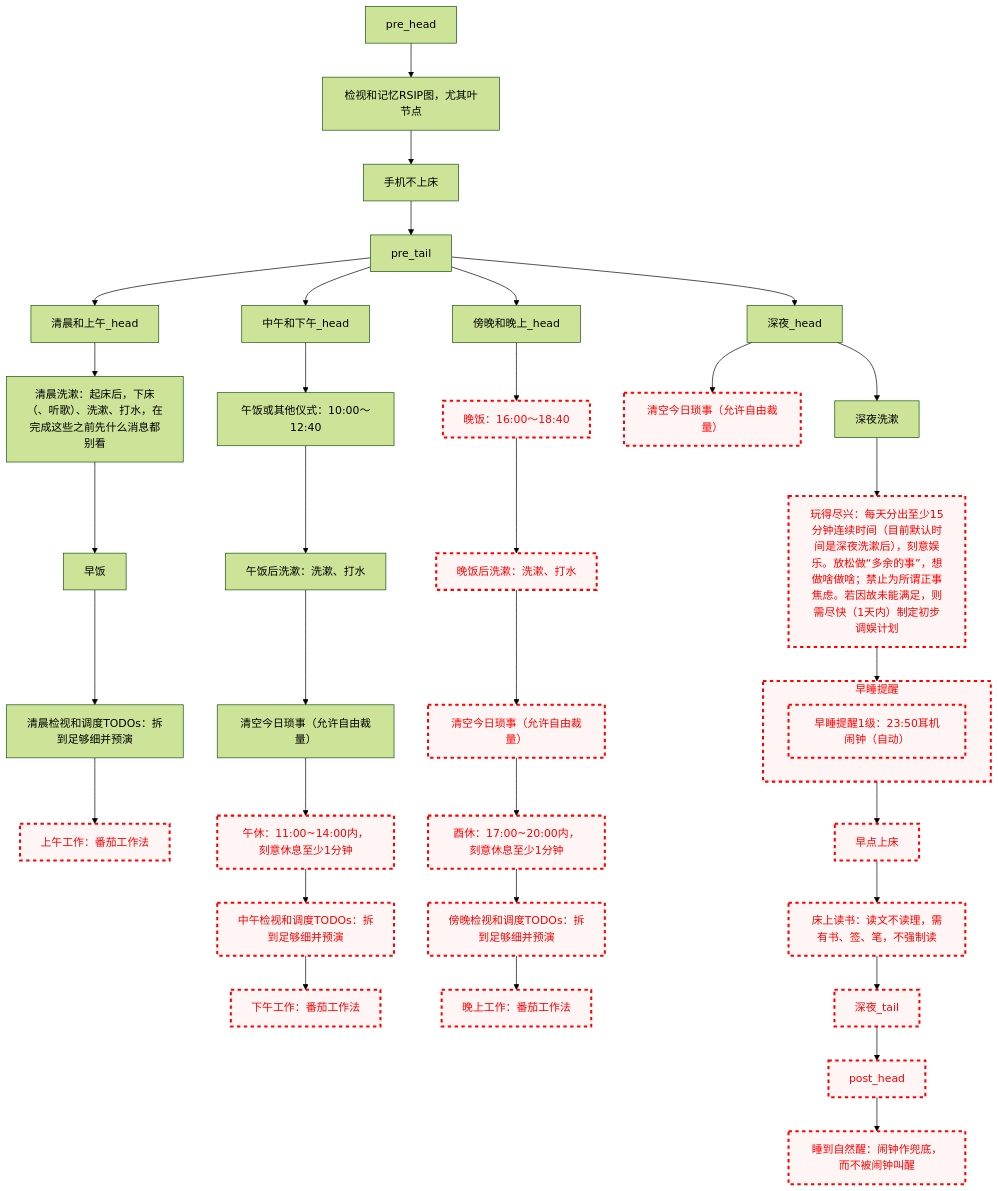
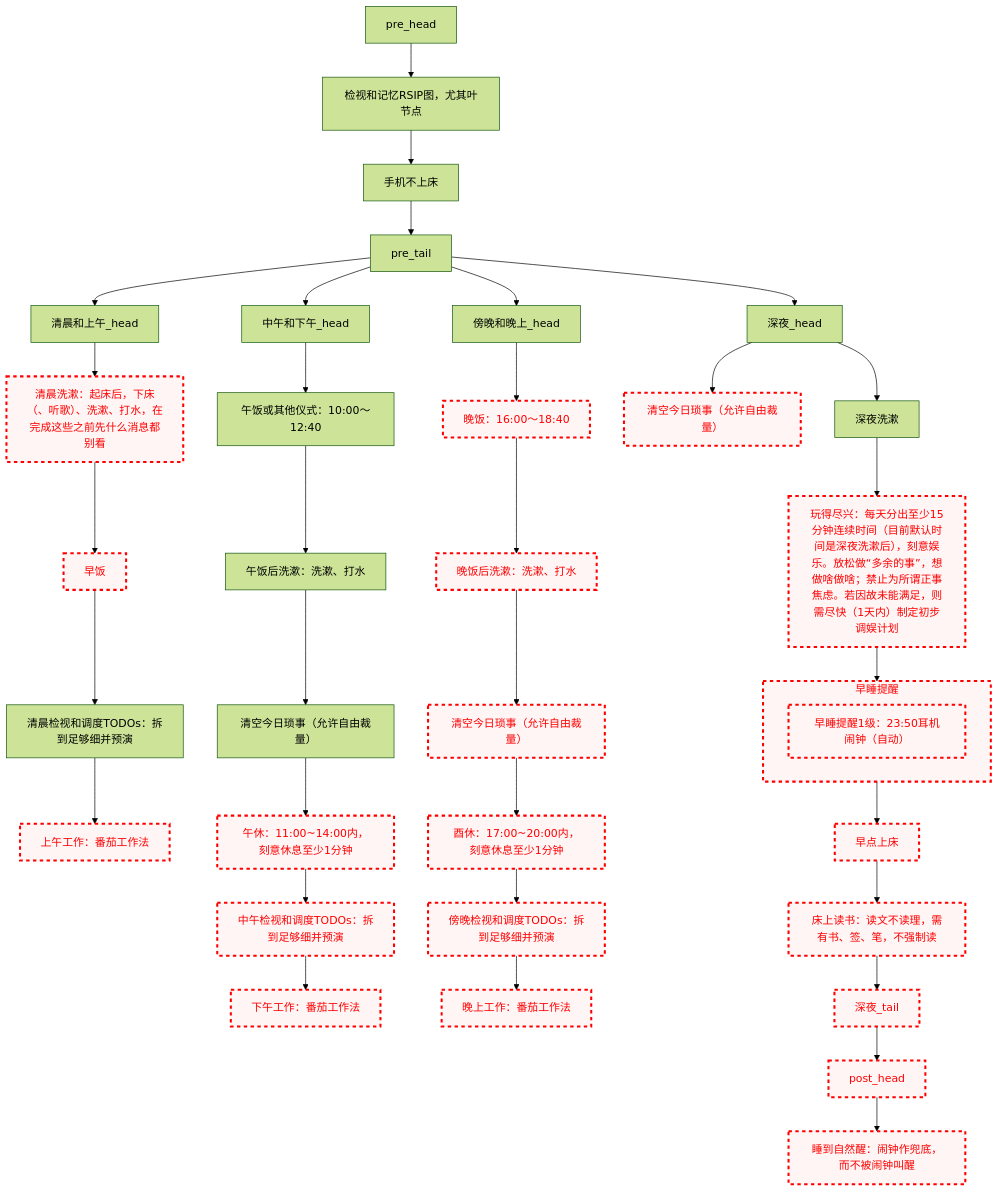
The diagram in README.md (Ethkuil/RSIP-tree), drawn with Mermaid (forest theme) before and after one commit.

Commit message:
disable 清晨洗漱

````diff
--- a/README.md
+++ b/README.md
@@ -21,68 +21,71 @@
 ```mermaid
 graph TD
 
 classDef failed stroke:#ff0000, stroke-width:3px, color:#ff0000, fill:#fff5f5, stroke-dasharray: 5
 
 pre_head --> RSIP[检视和记忆RSIP图，尤其叶节点]
 RSIP --> 手机不上床
 手机不上床 --> pre_tail
 
 
 pre_tail --> 清晨和上午_head
 清晨和上午_head --> 清晨洗漱
 清晨洗漱[清晨洗漱：起床后，下床（、听歌）、洗漱、打水，在完成这些之前先什么消息都别看]
+class 清晨洗漱 failed
 清晨洗漱 --> 早饭
+class 早饭 failed
 早饭 --> 清晨看TODO[清晨检视和调度TODOs：拆到足够细并预演]
+class 清晨看TODO failed.
 清晨看TODO --> 上午工作[上午工作：番茄工作法]
 class 上午工作 failed
 
 pre_tail --> 中午和下午_head
 中午和下午_head --> 午饭[午饭或其他仪式：10:00～12:40]
 午饭 --> 午饭后洗漱[午饭后洗漱：洗漱、打水]
 午饭后洗漱 --> 中午今日琐事[清空今日琐事（允许自由裁量）]
 中午今日琐事 --> 午休[午休：11:00~14:00内，刻意休息至少1分钟]
 class 午休 failed
 午休 --> 中午看TODO[中午检视和调度TODOs：拆到足够细并预演]
 class 中午看TODO failed
 中午看TODO --> 下午工作[下午工作：番茄工作法]
 class 下午工作 failed
 
 pre_tail --> 傍晚和晚上_head
 傍晚和晚上_head --> 晚饭[晚饭：16:00～18:40]
 class 晚饭 failed
 晚饭 --> 晚饭后洗漱[晚饭后洗漱：洗漱、打水]
 class 晚饭后洗漱 failed
 晚饭后洗漱 --> 傍晚今日琐事[清空今日琐事（允许自由裁量）]
 class 傍晚今日琐事 failed
 傍晚今日琐事 --> 酉休[酉休：17:00~20:00内，刻意休息至少1分钟]
 class 酉休 failed
 酉休 --> 傍晚看TODO[傍晚检视和调度TODOs：拆到足够细并预演]
 class 傍晚看TODO failed
 傍晚看TODO --> 晚上工作[晚上工作：番茄工作法]
 class 晚上工作 failed
 
 pre_tail --> 深夜_head
 深夜_head --> 深夜今日琐事[清空今日琐事（允许自由裁量）]
 class 深夜今日琐事 failed
 深夜_head --> 深夜洗漱
 深夜洗漱 --> 玩得尽兴[玩得尽兴：每天分出至少15分钟连续时间（目前默认时间是深夜洗漱后），刻意娱乐。放松做“多余的事”，想做啥做啥；禁止为所谓正事焦虑。若因故未能满足，则需尽快（1天内）制定初步调娱计划]
 class 玩得尽兴 failed
 玩得尽兴 --> 早睡提醒
 subgraph 早睡提醒
   早睡提醒1级[早睡提醒1级：23:50耳机闹钟（自动）]
   class 早睡提醒1级 failed
 end
 class 早睡提醒 failed
 早睡提醒 --> 早点上床
 class 早点上床 failed
 早点上床 --> 床上读书[床上读书：读文不读理，需有书、签、笔，不强制读]
 class 床上读书 failed
 床上读书 --> 深夜_tail
 class 深夜_tail failed
 
 
 深夜_tail --> post_head
 class post_head failed
 post_head --> 睡到自然醒[睡到自然醒：闹钟作兜底，而不被闹钟叫醒]
 class 睡到自然醒 failed
 ```
````
